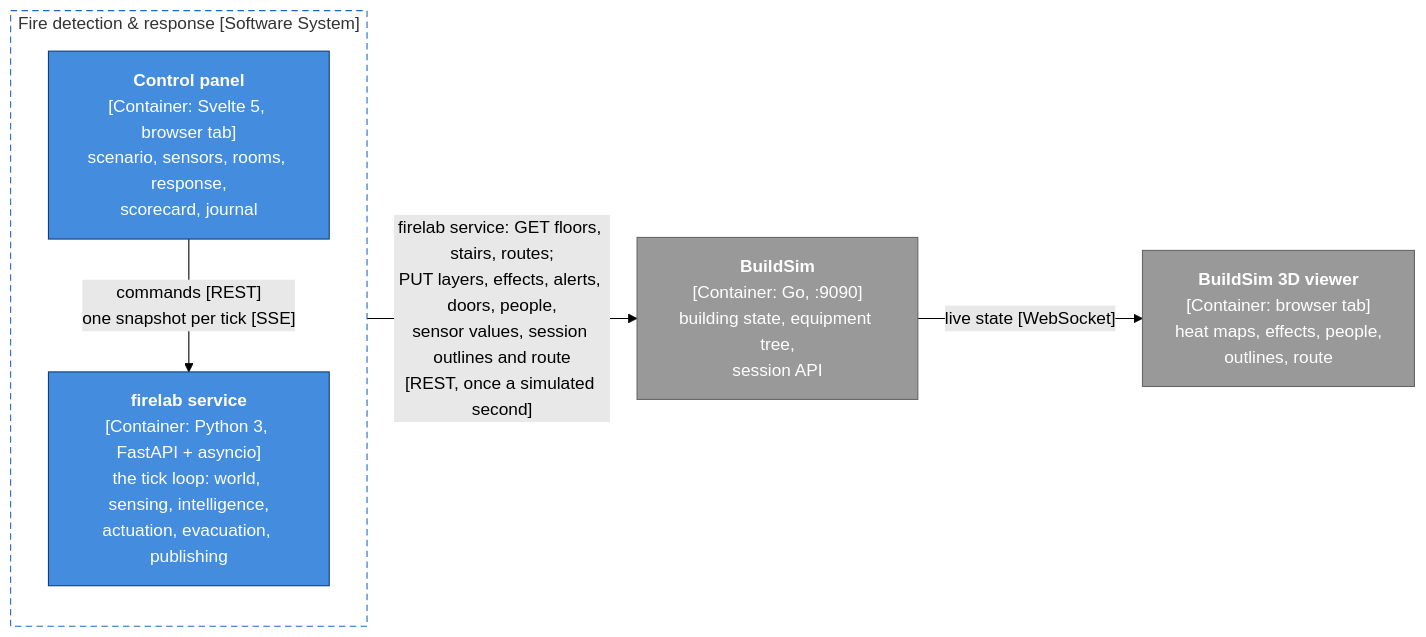
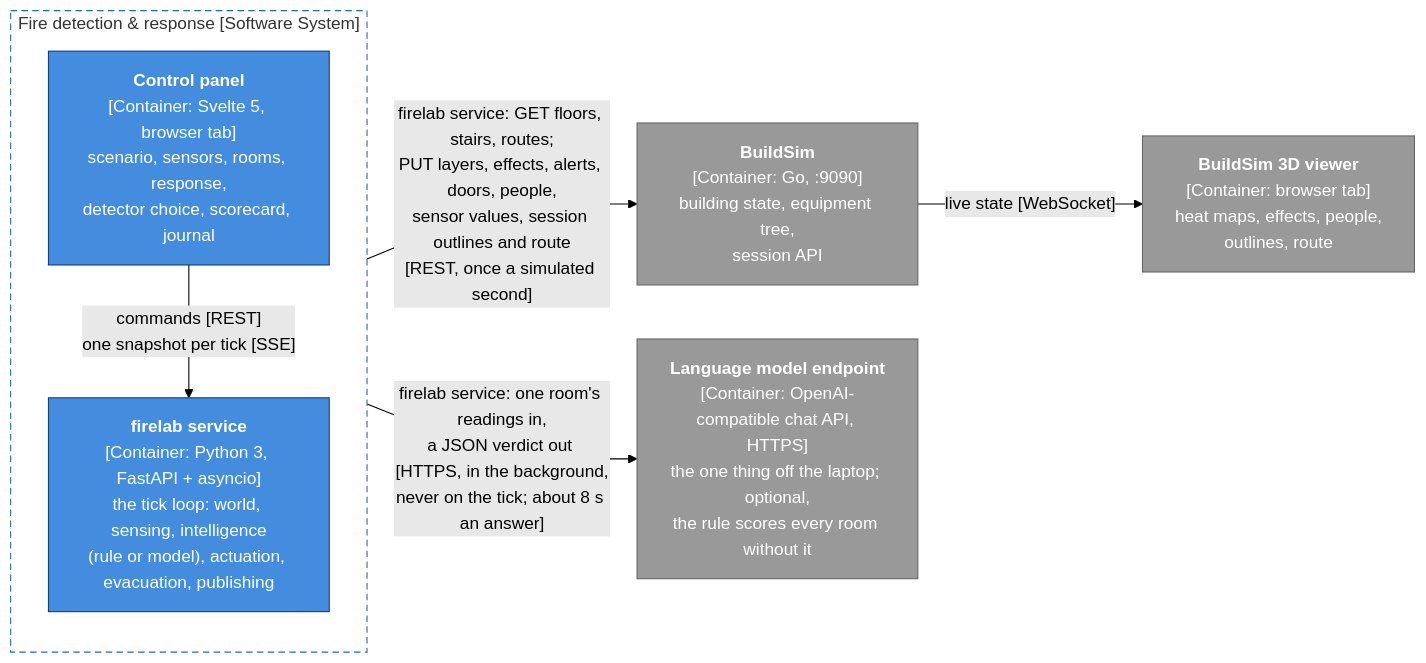
Before and after one commit to Ekpenyong-Esu/BuildSim-FireDetection: the diagram in firelab/Embedded_Intelligence_at_the_edge_Project_Proposal/images/container.mmd, drawn with Mermaid (forest theme). The commit also changed 37 other files, not shown here.

```diff
--- a/firelab/Embedded_Intelligence_at_the_edge_Project_Proposal/images/container.mmd
+++ b/firelab/Embedded_Intelligence_at_the_edge_Project_Proposal/images/container.mmd
@@ -1,18 +1,20 @@
-%% C4 Container diagram (Level 2). The edge from the system boundary to
-%% BuildSim is the firelab service's REST traffic.
+%% C4 Container diagram (Level 2). The edges from the system boundary are the
+%% firelab service's own traffic: REST to BuildSim, HTTPS to the model.
 flowchart LR
   subgraph SYS["Fire detection &amp; response [Software System]"]
     direction TB
-    UI["<b>Control panel</b><br/>[Container: Svelte 5, browser tab]<br/>scenario, sensors, rooms, response,<br/>scorecard, journal"]
-    SVC["<b>firelab service</b><br/>[Container: Python 3, FastAPI + asyncio]<br/>the tick loop: world, sensing, intelligence,<br/>actuation, evacuation, publishing"]
+    UI["<b>Control panel</b><br/>[Container: Svelte 5, browser tab]<br/>scenario, sensors, rooms, response,<br/>detector choice, scorecard, journal"]
+    SVC["<b>firelab service</b><br/>[Container: Python 3, FastAPI + asyncio]<br/>the tick loop: world, sensing, intelligence<br/>(rule or model), actuation, evacuation, publishing"]
     UI -- "commands [REST]<br/>one snapshot per tick [SSE]" --> SVC
   end
   BS["<b>BuildSim</b><br/>[Container: Go, :9090]<br/>building state, equipment tree,<br/>session API"]
   VIEWER["<b>BuildSim 3D viewer</b><br/>[Container: browser tab]<br/>heat maps, effects, people,<br/>outlines, route"]
+  LLM["<b>Language model endpoint</b><br/>[Container: OpenAI-compatible chat API, HTTPS]<br/>the one thing off the laptop; optional,<br/>the rule scores every room without it"]
   SYS -- "firelab service: GET floors, stairs, routes;<br/>PUT layers, effects, alerts, doors, people,<br/>sensor values, session outlines and route<br/>[REST, once a simulated second]" --> BS
+  SYS -- "firelab service: one room's readings in,<br/>a JSON verdict out [HTTPS, in the background,<br/>never on the tick; about 8 s an answer]" --> LLM
   BS -- "live state [WebSocket]" --> VIEWER
   classDef cont fill:#438cde,stroke:#0b3d7a,color:#ffffff
   classDef ext fill:#999999,stroke:#666666,color:#ffffff
   class UI,SVC cont
-  class VIEWER,BS ext
+  class VIEWER,BS,LLM ext
   style SYS fill:#ffffff,stroke:#1c68c4,stroke-dasharray:6 4
```
